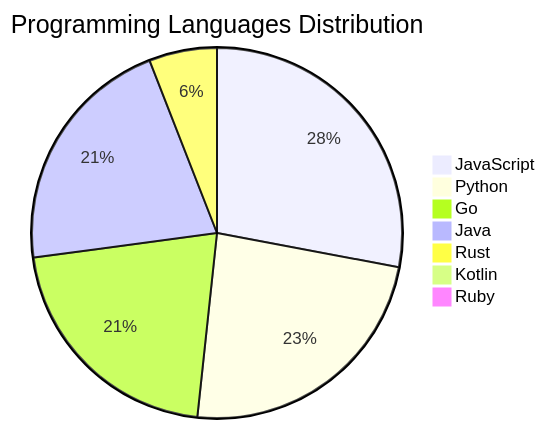
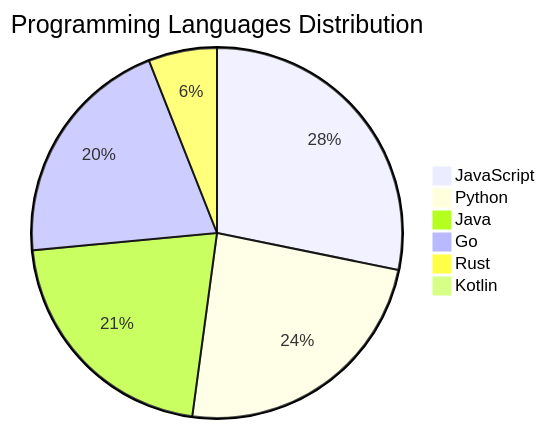
The diagram in README.md (Derrick-MUGISHA/github-activity-bot), drawn with Mermaid before and after one commit. The commit also changed other lines of this file and 4 other files, not shown here.

````diff
--- a/README.md
+++ b/README.md
@@ -207,10 +206,9 @@
 ```mermaid
 pie title Programming Languages Distribution
     "JavaScript" : 33
     "Python" : 28
-    "Go" : 25
     "Java" : 25
+    "Go" : 24
     "Rust" : 7
     "Kotlin" : 1
-    "Ruby" : 1
 ```
````
